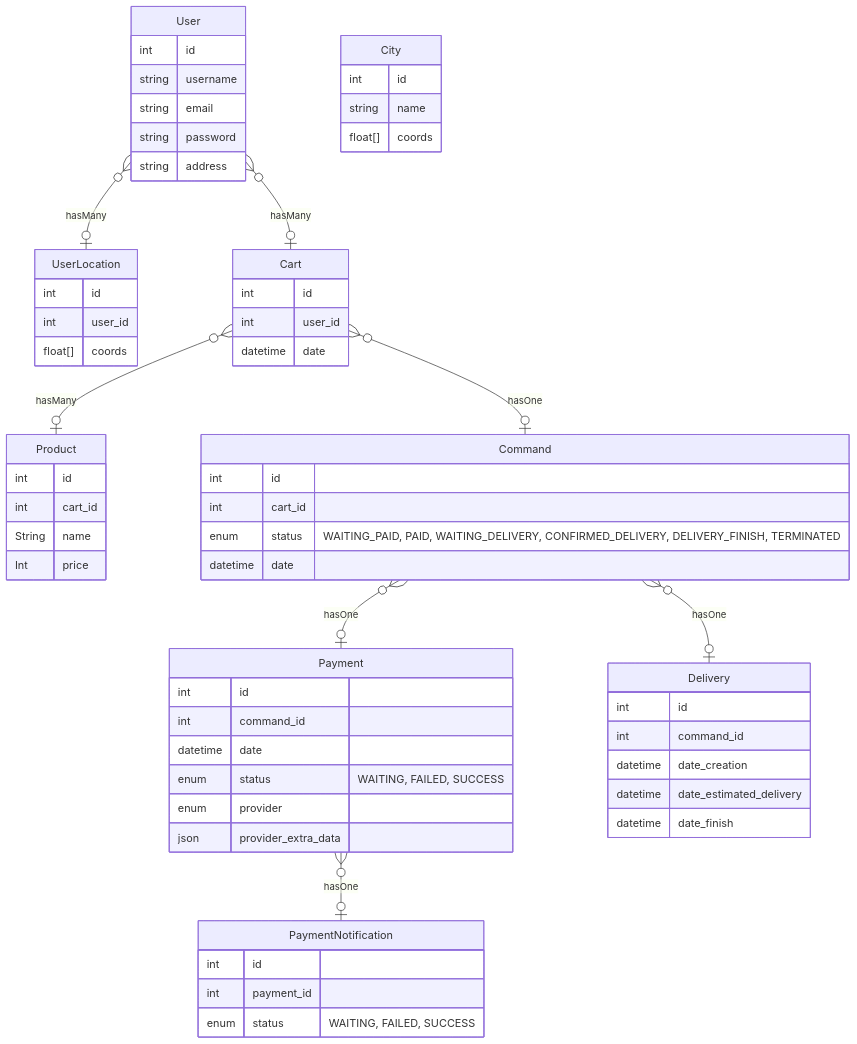
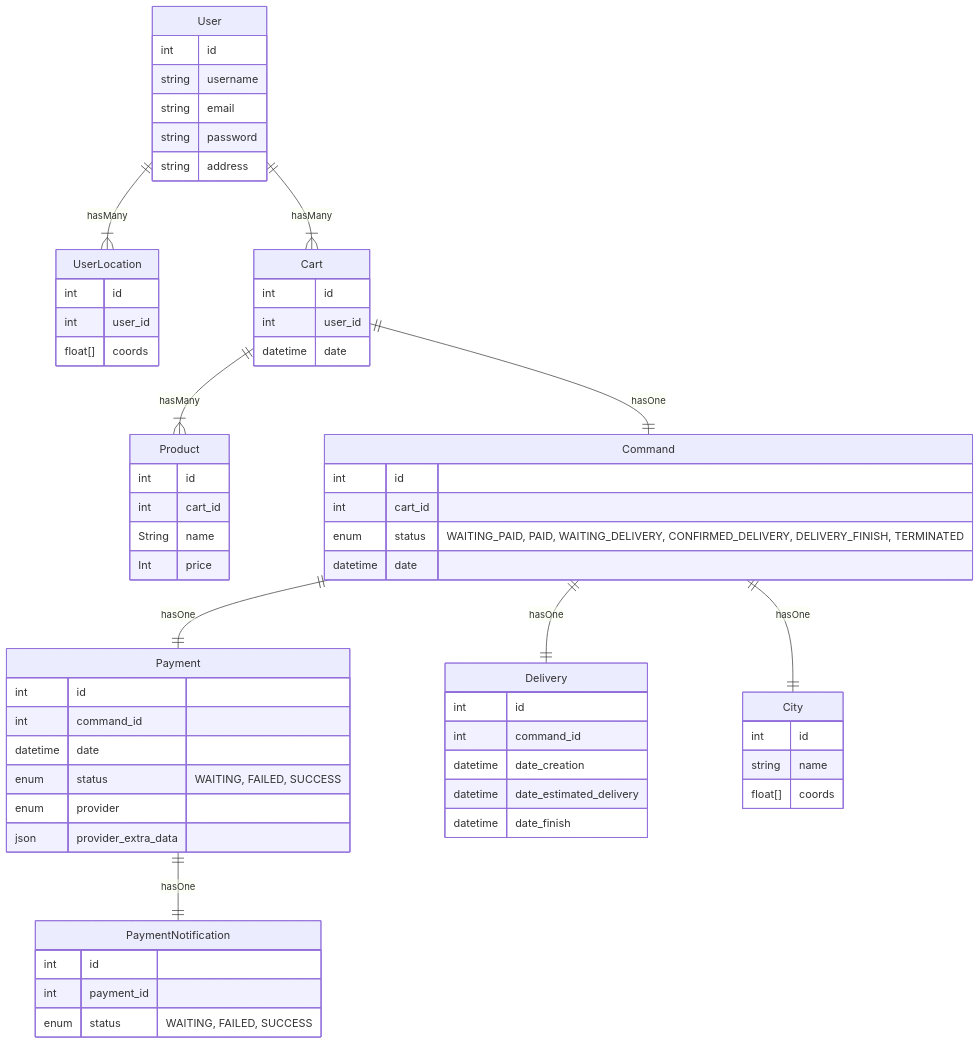
The first of 6 diagrams in readme.md (joussin/api_allopico_old), drawn with Mermaid before and after one commit.

````diff
--- a/readme.md
+++ b/readme.md
@@ -27,85 +27,86 @@
 ```mermaid  
 erDiagram
-    User }o--o| UserLocation : hasMany
-    User }o--o| Cart : hasMany
+    User ||--|{ UserLocation : hasMany
+    User ||--|{ Cart : hasMany
     
-    Cart }o--o| Product : hasMany
-    Cart }o--o| Command : hasOne
+    Cart ||--|{ Product : hasMany
+    Cart ||--|| Command : hasOne
     
-    Command }o--o| Payment : hasOne
-    Command }o--o| Delivery : hasOne
+    Command ||--|| Payment : hasOne
+    Command ||--|| Delivery : hasOne
+    Command ||--|| City : hasOne
     
-    Payment }o--o| PaymentNotification : hasOne
+    Payment ||--|| PaymentNotification : hasOne
     
    
     
     City {
         int id
         string name
         float[] coords
     }
         
     UserLocation {
         int id
         int user_id
         float[] coords
     }
     
     User {
         int id
         string username
         string email
         string password
         string address
     }
     
     
     Product {
 		int id  
 		int cart_id  
 		String name  
 		Int price  
 	}
     
     Cart {
 	     int id
 	     int user_id
 	     datetime date
 	}
     
     Command {
 	     int id
 	     int cart_id
 	enum status "WAITING_PAID, PAID, WAITING_DELIVERY, CONFIRMED_DELIVERY, DELIVERY_FINISH, TERMINATED"
 	datetime date
 	}
     
      
      Payment {
             int id
 	     int command_id  
 		 datetime date
 		 enum status "WAITING, FAILED, SUCCESS"
 		 enum provider   
 		 json provider_extra_data
     }
     
     PaymentNotification {
 	     int id
 	     int payment_id
 		 enum status  "WAITING, FAILED, SUCCESS"
 	}
 	    
     Delivery {
 	     int id
 	     int command_id  
 	     
 	     datetime date_creation
 	     datetime date_estimated_delivery
 	     datetime date_finish
 	}
 	
  
 
   
 ```  
````
